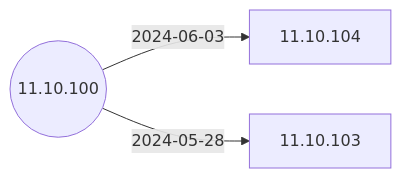
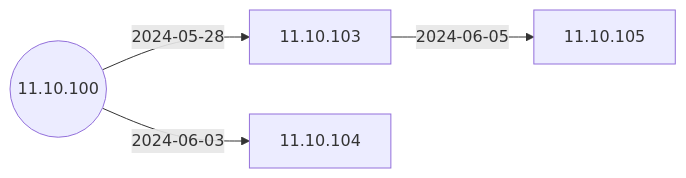
The second of 6 diagrams in docs/Docs/ReleaseNotes/01-OS11/README.md (IGEL-Community/IGEL-Docs-v02), drawn with Mermaid before and after one commit. The commit also changed 2 other files, not shown here.

Commit message:
11.10.105 < 11.10.103

````diff
--- a/docs/Docs/ReleaseNotes/01-OS11/README.md
+++ b/docs/Docs/ReleaseNotes/01-OS11/README.md
@@ -41,9 +41,11 @@
 ```mermaid
 flowchart LR
+    11.10.103-- 2024-06-05 -->11.10.105
     11.10.100-- 2024-06-03 -->11.10.104
     11.10.100-- 2024-05-28 -->11.10.103
     11.10.100((11.10.100))
+    click 11.10.105 "https://github.com/IGEL-Community/IGEL-Docs-v02/tree/main/docs/Docs/ReleaseNotes/01-OS11/readme11.10.105.txt" _blank
     click 11.10.104 "https://github.com/IGEL-Community/IGEL-Docs-v02/tree/main/docs/Docs/ReleaseNotes/01-OS11/readme11.10.104.txt" _blank
     click 11.10.103 "https://github.com/IGEL-Community/IGEL-Docs-v02/tree/main/docs/Docs/ReleaseNotes/01-OS11/readme11.10.103.txt" _blank
     click 11.10.100 "https://github.com/IGEL-Community/IGEL-Docs-v02/tree/main/docs/Docs/ReleaseNotes/01-OS11/readme11.10.100.txt" _blank
 ```
````
